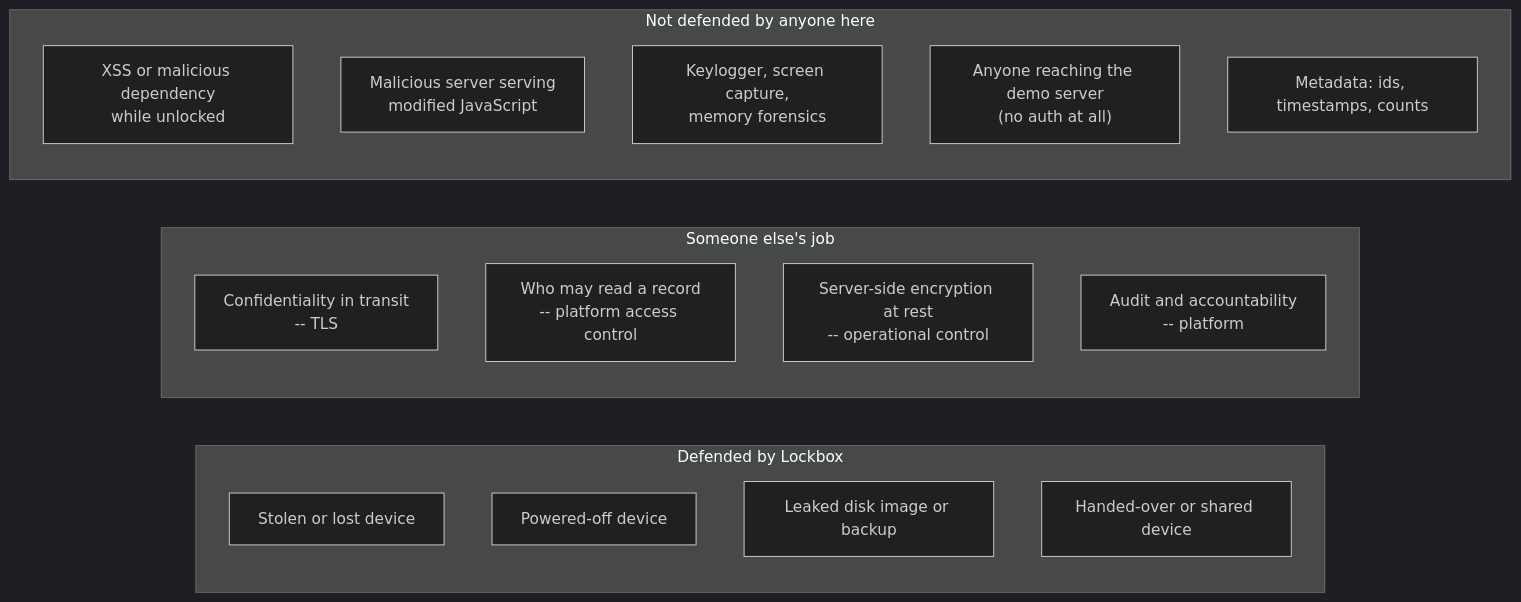
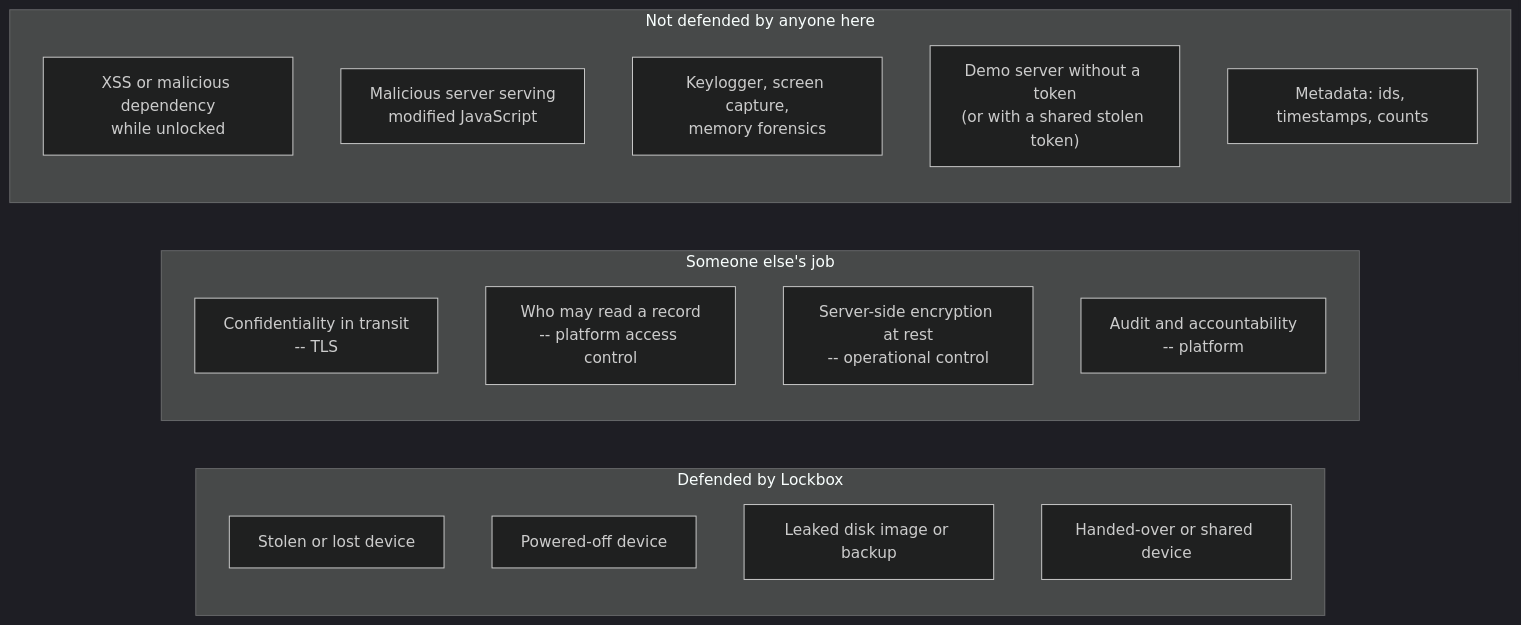
One commit to mortenoh/lockbox changed the diagram in docs/design/threat-model.md. Above: the diagram before and after it, drawn with Mermaid (dark theme). The commit also changed other lines of this file and 10 other files, not shown here.

````diff
--- a/docs/design/threat-model.md
+++ b/docs/design/threat-model.md
@@ -244,22 +243,22 @@
 ```mermaid
 flowchart LR
     subgraph D["Defended by Lockbox"]
         D1["Stolen or lost device"]
         D2["Powered-off device"]
         D3["Leaked disk image or backup"]
         D4["Handed-over or shared device"]
     end
     subgraph P["Someone else's job"]
         P1["Confidentiality in transit<br/>-- TLS"]
         P2["Who may read a record<br/>-- platform access control"]
         P3["Server-side encryption at rest<br/>-- operational control"]
         P4["Audit and accountability<br/>-- platform"]
     end
     subgraph N["Not defended by anyone here"]
         N1["XSS or malicious dependency<br/>while unlocked"]
         N2["Malicious server serving<br/>modified JavaScript"]
         N3["Keylogger, screen capture,<br/>memory forensics"]
-        N4["Anyone reaching the demo server<br/>(no auth at all)"]
+        N4["Demo server without a token<br/>(or with a shared stolen token)"]
         N5["Metadata: ids, timestamps, counts"]
     end
 ```
````
